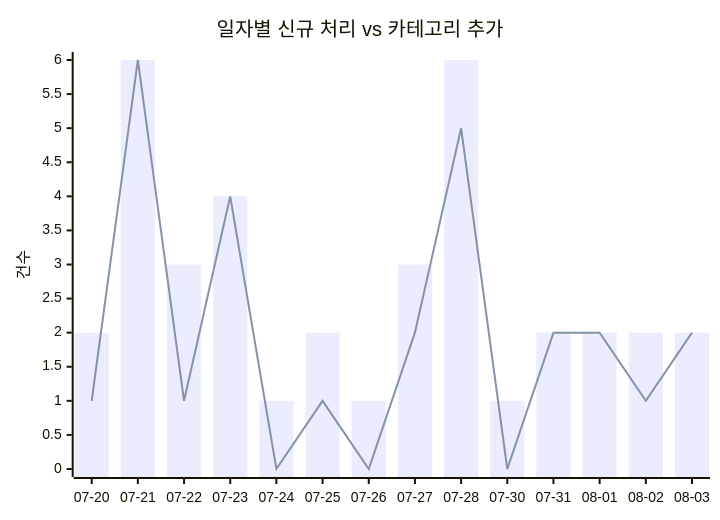
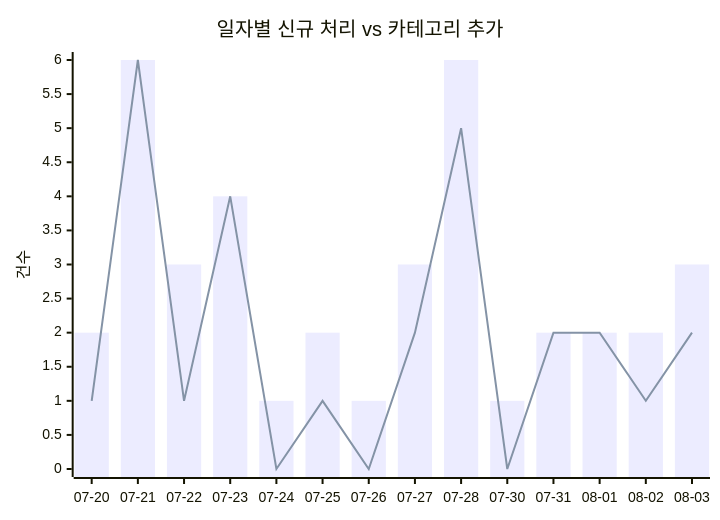
Before and after one commit to J-nowcow/awesome-korean-agent-skills: the first of 2 diagrams in docs/trends.md, drawn with Mermaid. The commit also changed other lines of this file and 2 other files, not shown here.

````diff
--- a/docs/trends.md
+++ b/docs/trends.md
@@ -32,8 +32,8 @@
 ```mermaid
 xychart-beta
     title "일자별 신규 처리 vs 카테고리 추가"
     x-axis ["07-20","07-21","07-22","07-23","07-24","07-25","07-26","07-27","07-28","07-30","07-31","08-01","08-02","08-03"]
     y-axis "건수"
-    bar [2,6,3,4,1,2,1,3,6,1,2,2,2,2]
+    bar [2,6,3,4,1,2,1,3,6,1,2,2,2,3]
     line [1,6,1,4,0,1,0,2,5,0,2,2,1,2]
 ```
````
